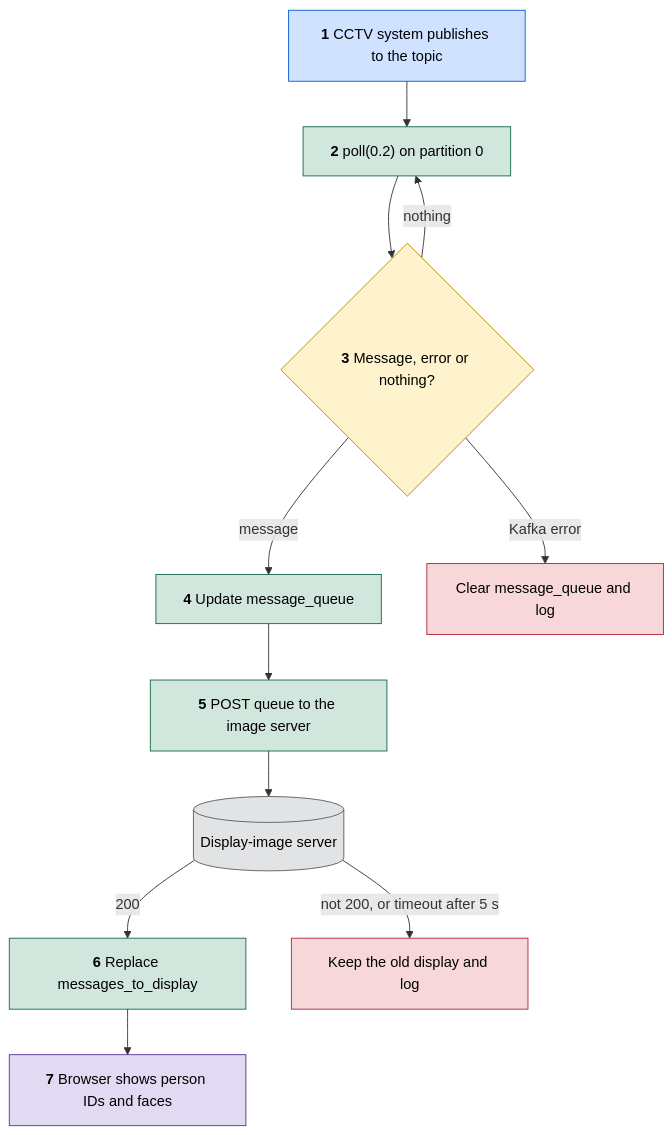
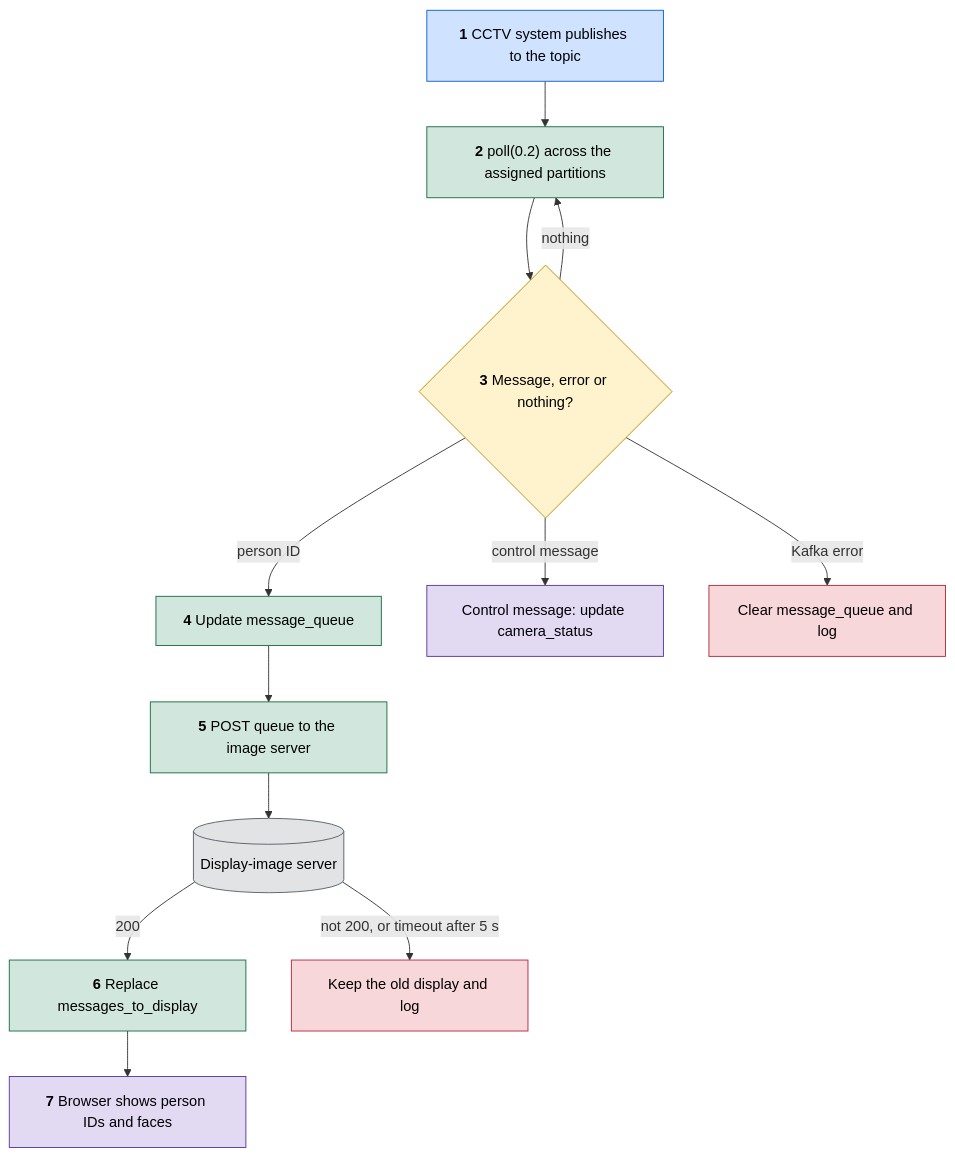
The first of 4 diagrams in docs/FLOW.md (hamza-aziz-ai/Kafka-WebApp), drawn with Mermaid before and after one commit. The commit also changed other lines of this file and 24 other files, not shown here.

First line of the commit message:
feat: show every camera with a status strip, Kafka login, host health checks and the new design (#10)

````diff
--- a/docs/FLOW.md
+++ b/docs/FLOW.md
@@ -26,27 +26,29 @@
 ```mermaid
 flowchart TD
     A["`**1** CCTV system publishes to the topic`"]:::way
-    B["`**2** poll(0.2) on partition 0`"]:::step
+    B["`**2** poll(0.2) across the assigned partitions`"]:::step
     C{"`**3** Message, error or nothing?`"}:::decide
     D["`**4** Update message_queue`"]:::step
+    K["`Control message: update camera_status`"]:::outcome
     E["`**5** POST queue to the image server`"]:::step
     F[("`Display-image server`")]:::store
     G["`**6** Replace messages_to_display`"]:::step
     H["`**7** Browser shows person IDs and faces`"]:::outcome
     I["`Clear message_queue and log`"]:::err
     J["`Keep the old display and log`"]:::err
 
     A --> B --> C
-    C -->|message| D --> E --> F
+    C -->|person ID| D --> E --> F
+    C -->|control message| K
     F -->|200| G --> H
     F -->|not 200, or timeout after 5 s| J
     C -->|Kafka error| I
     C -->|nothing| B
 
     classDef way fill:#cfe2ff,stroke:#0b5ed7,color:#000
     classDef step fill:#d1e7dd,stroke:#146c43,color:#000
     classDef decide fill:#fff3cd,stroke:#b58900,color:#000
     classDef outcome fill:#e2d9f3,stroke:#59359a,color:#000
     classDef err fill:#f8d7da,stroke:#b02a37,color:#000
     classDef store fill:#e2e3e5,stroke:#565e64,color:#000
 ```
````
